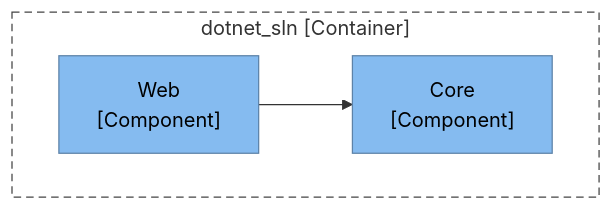
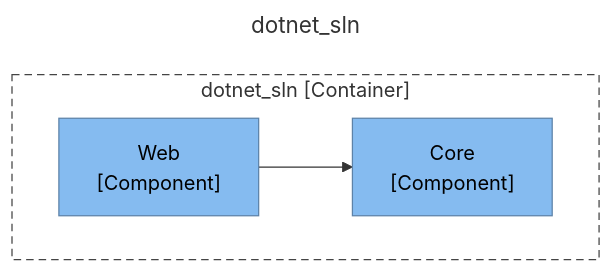
The second of 3 diagrams in tests/golden/dotnet_sln/output/ArchitectureReport.md (ythalorossy/architecture-skills), drawn with Mermaid before and after one commit. The commit also changed other lines of this file and 56 other files, not shown here.

First line of the commit message:
feat(c4): title every diagram and add one Key to the report

````diff
--- a/tests/golden/dotnet_sln/output/ArchitectureReport.md
+++ b/tests/golden/dotnet_sln/output/ArchitectureReport.md
@@ -52,16 +66,19 @@
 ```mermaid
+---
+title: "dotnet_sln"
+---
 flowchart TB
     subgraph boundary["dotnet_sln [Container]"]
         Core["Core<br/>[Component]"]
         Web["Web<br/>[Component]"]
     end
     Web --> Core
     classDef person fill:#08427b,stroke:#052e56,color:#ffffff
     classDef container fill:#1168bd,stroke:#0b4884,color:#ffffff
     classDef system fill:#1168bd,stroke:#0b4884,color:#ffffff
     classDef component fill:#85bbf0,stroke:#5d82a8,color:#000000
     classDef external fill:#999999,stroke:#6b6b6b,color:#ffffff
     classDef shared fill:#dbe9f6,stroke:#5d82a8,color:#000000,stroke-dasharray:4 3
     class Core,Web component
     style boundary fill:none,stroke:#444444,stroke-dasharray:6 4
 ```
````
